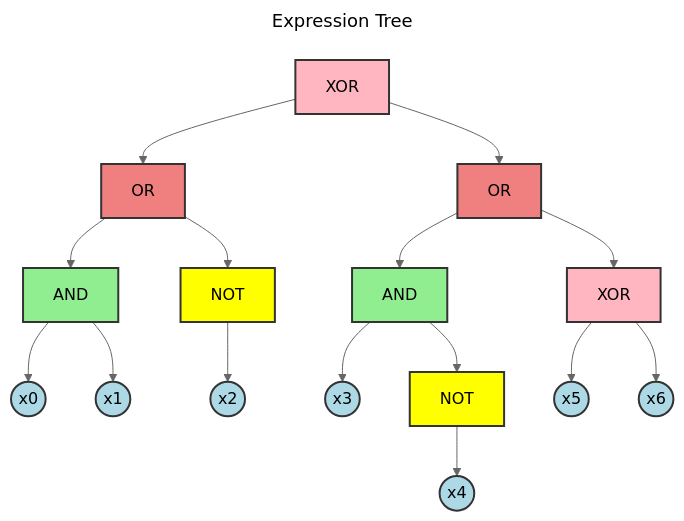
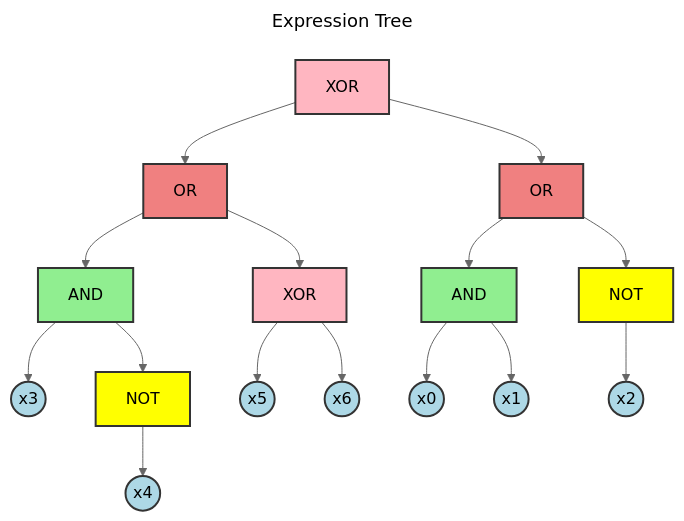
The first of 2 diagrams in test_expressions/reference_output/filter_expression_analysis.md (Alan-Jowett/bdd_test), drawn with Mermaid (neutral theme) before and after one commit. The commit also changed other lines of this file and 150 other files, not shown here.

First line of the commit message:
More dag graph cleanup (#65)

````diff
--- a/test_expressions/reference_output/filter_expression_analysis.md
+++ b/test_expressions/reference_output/filter_expression_analysis.md
@@ -13,58 +13,58 @@
 ```mermaid
 ---
 title: Expression Tree
 ---
 flowchart TD
     N1(("x0"))
+    N10["AND"]
+    N11(("x5"))
+    N12(("x6"))
+    N13["XOR"]
+    N14["OR"]
+    N15["XOR"]
     N2(("x1"))
     N3["AND"]
     N4(("x2"))
     N5["NOT"]
     N6["OR"]
     N7(("x3"))
     N8(("x4"))
     N9["NOT"]
-    N10["AND"]
-    N11(("x5"))
-    N12(("x6"))
-    N13["XOR"]
-    N14["OR"]
-    N15["XOR"]
 
+    N10 --> N7
+    N10 --> N9
+    N13 --> N11
+    N13 --> N12
+    N14 --> N10
+    N14 --> N13
+    N15 --> N14
+    N15 --> N6
     N3 --> N1
     N3 --> N2
     N5 --> N4
     N6 --> N3
     N6 --> N5
     N9 --> N8
-    N10 --> N7
-    N10 --> N9
-    N13 --> N11
-    N13 --> N12
-    N14 --> N10
-    N14 --> N13
-    N15 --> N6
-    N15 --> N14
 
     class N1 variable
     class N2 variable
     class N3 andOp
     class N4 variable
     class N5 notOp
     class N6 orOp
     class N7 variable
     class N8 variable
     class N9 notOp
     class N10 andOp
     class N11 variable
     class N12 variable
     class N13 xorOp
     class N14 orOp
     class N15 xorOp
 
     classDef variable fill:lightblue,stroke:#333,stroke-width:2px,color:#000
     classDef andOp fill:lightgreen,stroke:#333,stroke-width:2px,color:#000
     classDef orOp fill:lightcoral,stroke:#333,stroke-width:2px,color:#000
     classDef notOp fill:yellow,stroke:#333,stroke-width:2px,color:#000
     classDef xorOp fill:lightpink,stroke:#333,stroke-width:2px,color:#000
 ```
````
